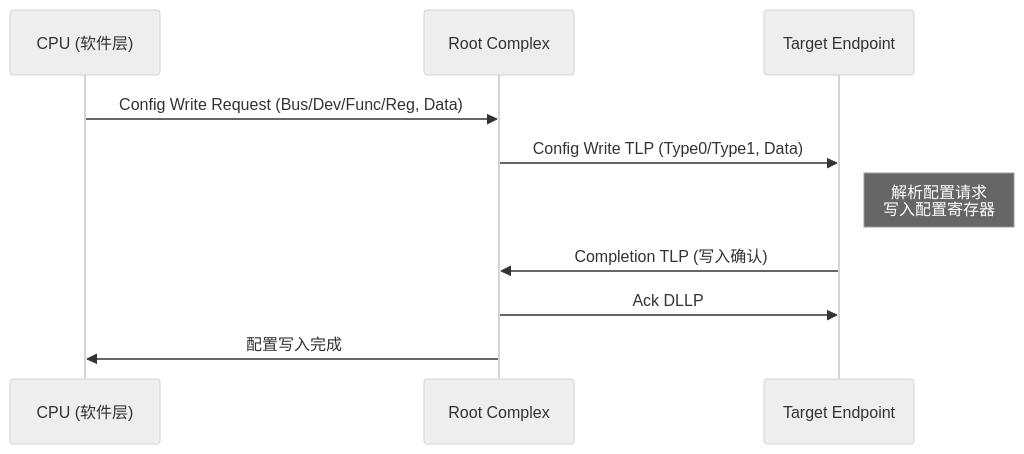
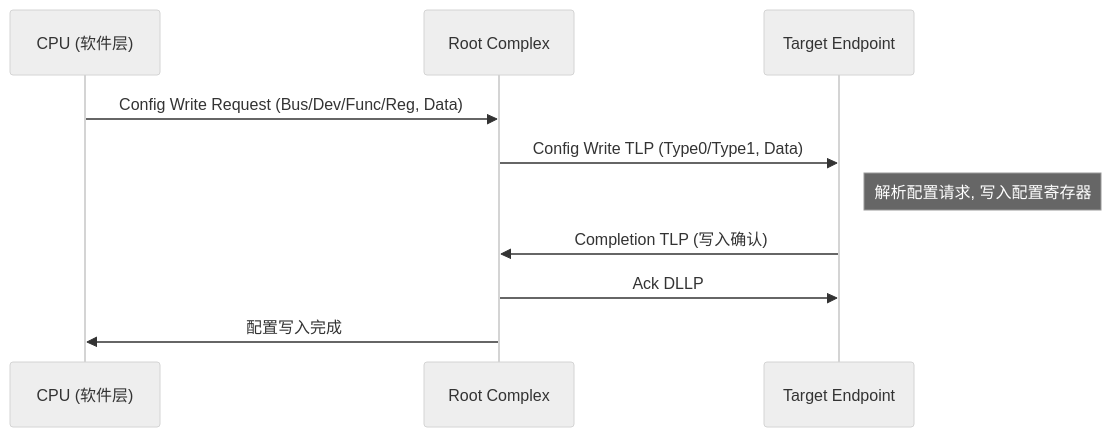
One commit to carlvinhust2012/MyStudy changed diagram 11 of 20 in AI Infra相关/hardware/pcie总线时序分析.md. Above: the diagram before and after it, drawn with Mermaid (neutral theme). The commit also changed other lines of this file, not shown here.

````diff
--- a/AI Infra相关/hardware/pcie总线时序分析.md
+++ b/AI Infra相关/hardware/pcie总线时序分析.md
@@ -299,15 +433,15 @@
 ```mermaid
 sequenceDiagram
     participant CPU as CPU (软件层)
     participant RC as Root Complex
     participant EP as Target Endpoint
 
     CPU->>RC: Config Write Request (Bus/Dev/Func/Reg, Data)
     RC->>EP: Config Write TLP (Type0/Type1, Data)
 
-    Note right of EP: 解析配置请求<br/>写入配置寄存器
+    Note right of EP: 解析配置请求, 写入配置寄存器
 
     EP->>RC: Completion TLP (写入确认)
     RC->>EP: Ack DLLP
     RC->>CPU: 配置写入完成
 ```
````
